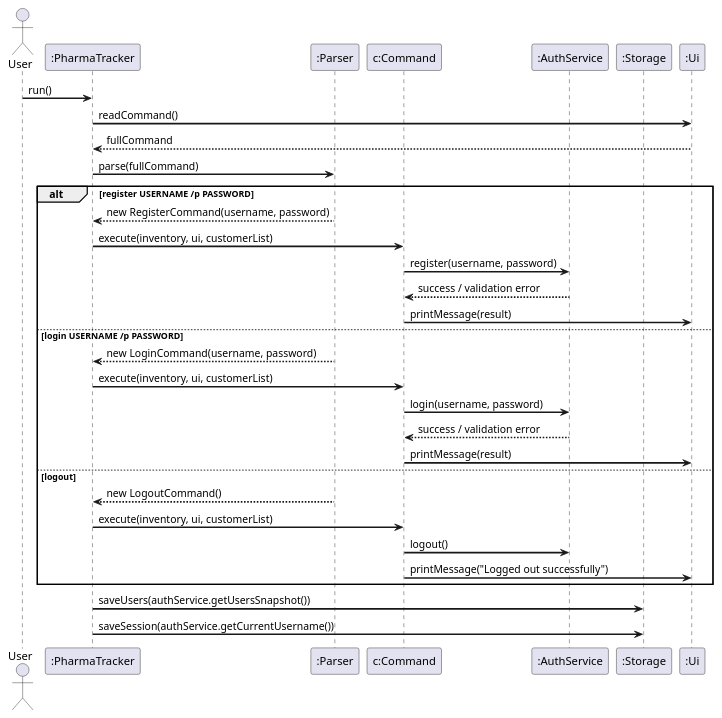
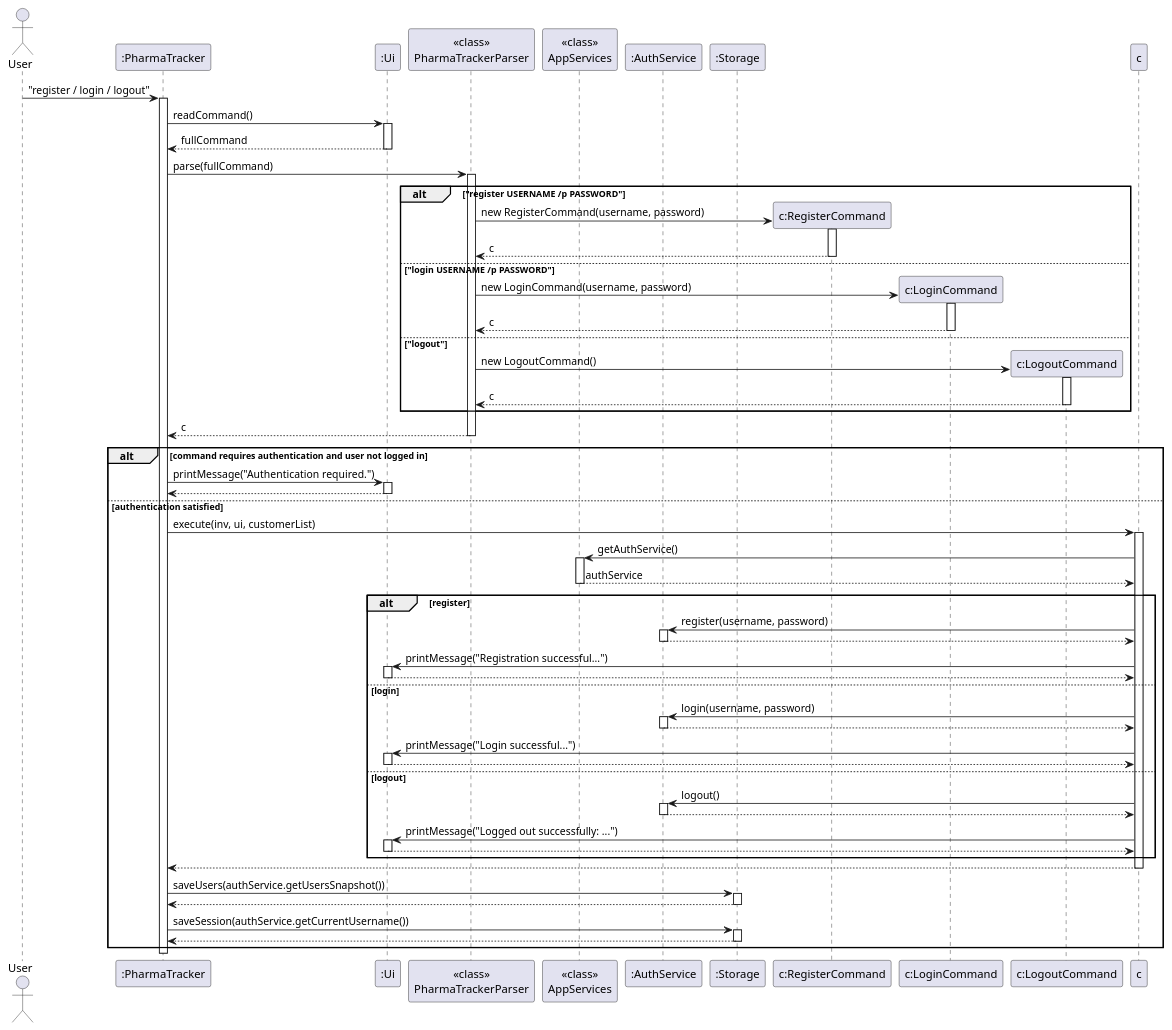
One commit to Yaqi66/tp changed the diagram in docs/diagrams/AuthenticationSequence.puml. Above: the diagram before and after it, drawn with PlantUML. The commit also changed 21 other files, not shown here.

Commit message:
Update sequence diagrams

```diff
--- a/docs/diagrams/AuthenticationSequence.puml
+++ b/docs/diagrams/AuthenticationSequence.puml
@@ -1,39 +1,104 @@
 @startuml
-skinparam backgroundColor white
-skinparam sequenceArrowThickness 2
+skinparam ArrowFontStyle plain
 
 actor User
-participant ":PharmaTracker" as PT
-participant ":Parser" as Parser
-participant "c:Command" as Cmd
-participant ":AuthService" as Auth
+participant ":PharmaTracker" as PharmaTracker
+participant ":Ui" as Ui
+participant "<<class>>\nPharmaTrackerParser" as Parser
+participant "<<class>>\nAppServices" as AppServices
+participant ":AuthService" as AuthService
 participant ":Storage" as Storage
-participant ":Ui" as Ui
 
-User -> PT : run()
-PT -> Ui : readCommand()
-Ui --> PT : fullCommand
-PT -> Parser : parse(fullCommand)
+User -> PharmaTracker : "register / login / logout"
+activate PharmaTracker
 
-alt register USERNAME /p PASSWORD
-    Parser --> PT : new RegisterCommand(username, password)
-    PT -> Cmd : execute(inventory, ui, customerList)
-    Cmd -> Auth : register(username, password)
-    Auth --> Cmd : success / validation error
-    Cmd -> Ui : printMessage(result)
-else login USERNAME /p PASSWORD
-    Parser --> PT : new LoginCommand(username, password)
-    PT -> Cmd : execute(inventory, ui, customerList)
-    Cmd -> Auth : login(username, password)
-    Auth --> Cmd : success / validation error
-    Cmd -> Ui : printMessage(result)
-else logout
-    Parser --> PT : new LogoutCommand()
-    PT -> Cmd : execute(inventory, ui, customerList)
-    Cmd -> Auth : logout()
-    Cmd -> Ui : printMessage("Logged out successfully")
+PharmaTracker -> Ui : readCommand()
+activate Ui
+Ui --> PharmaTracker : fullCommand
+deactivate Ui
+
+PharmaTracker -> Parser : parse(fullCommand)
+activate Parser
+
+alt "register USERNAME /p PASSWORD"
+    create "c:RegisterCommand" as RegisterCommand
+    Parser -> RegisterCommand : new RegisterCommand(username, password)
+    activate RegisterCommand
+    RegisterCommand --> Parser : c
+    deactivate RegisterCommand
+else "login USERNAME /p PASSWORD"
+    create "c:LoginCommand" as LoginCommand
+    Parser -> LoginCommand : new LoginCommand(username, password)
+    activate LoginCommand
+    LoginCommand --> Parser : c
+    deactivate LoginCommand
+else "logout"
+    create "c:LogoutCommand" as LogoutCommand
+    Parser -> LogoutCommand : new LogoutCommand()
+    activate LogoutCommand
+    LogoutCommand --> Parser : c
+    deactivate LogoutCommand
 end
 
-PT -> Storage : saveUsers(authService.getUsersSnapshot())
-PT -> Storage : saveSession(authService.getCurrentUsername())
+Parser --> PharmaTracker : c
+deactivate Parser
+
+alt command requires authentication and user not logged in
+    PharmaTracker -> Ui : printMessage("Authentication required.")
+    activate Ui
+    Ui --> PharmaTracker
+    deactivate Ui
+else authentication satisfied
+    PharmaTracker -> c : execute(inv, ui, customerList)
+    activate c
+
+    c -> AppServices : getAuthService()
+    activate AppServices
+    AppServices --> c : authService
+    deactivate AppServices
+
+    alt register
+        c -> AuthService : register(username, password)
+        activate AuthService
+        AuthService --> c
+        deactivate AuthService
+        c -> Ui : printMessage("Registration successful...")
+        activate Ui
+        Ui --> c
+        deactivate Ui
+    else login
+        c -> AuthService : login(username, password)
+        activate AuthService
+        AuthService --> c
+        deactivate AuthService
+        c -> Ui : printMessage("Login successful...")
+        activate Ui
+        Ui --> c
+        deactivate Ui
+    else logout
+        c -> AuthService : logout()
+        activate AuthService
+        AuthService --> c
+        deactivate AuthService
+        c -> Ui : printMessage("Logged out successfully: ...")
+        activate Ui
+        Ui --> c
+        deactivate Ui
+    end
+
+    c --> PharmaTracker
+    deactivate c
+
+    PharmaTracker -> Storage : saveUsers(authService.getUsersSnapshot())
+    activate Storage
+    Storage --> PharmaTracker
+    deactivate Storage
+
+    PharmaTracker -> Storage : saveSession(authService.getCurrentUsername())
+    activate Storage
+    Storage --> PharmaTracker
+    deactivate Storage
+end
+
+deactivate PharmaTracker
 @enduml
```
